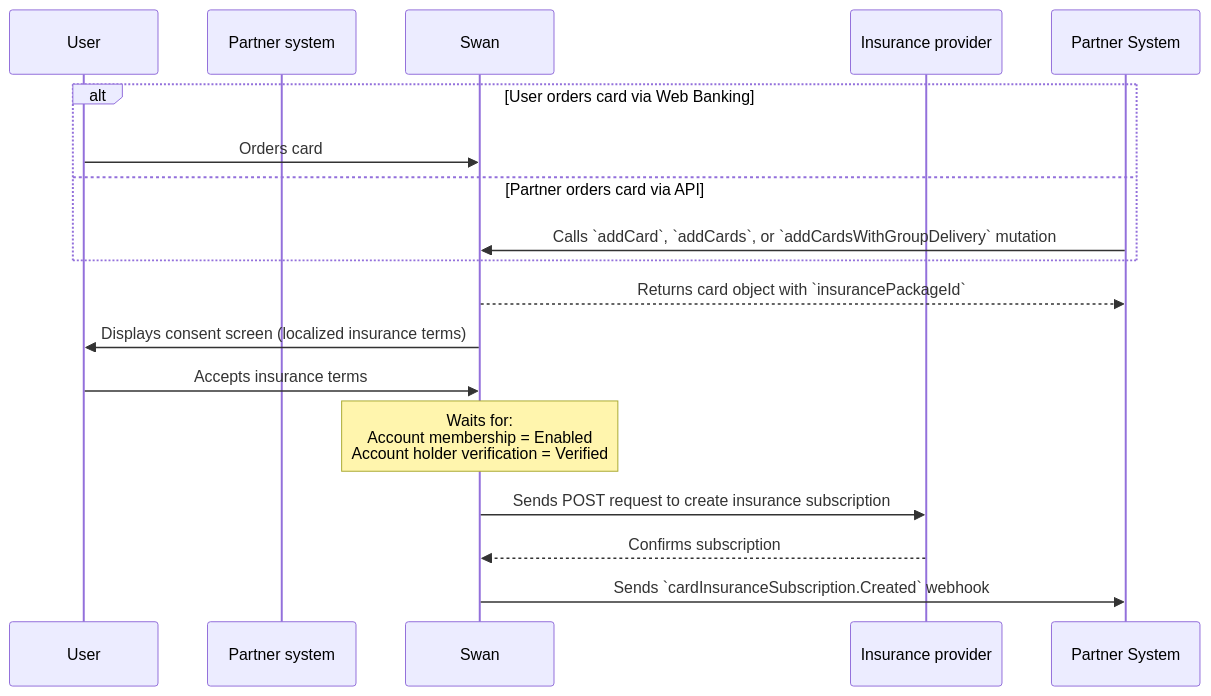
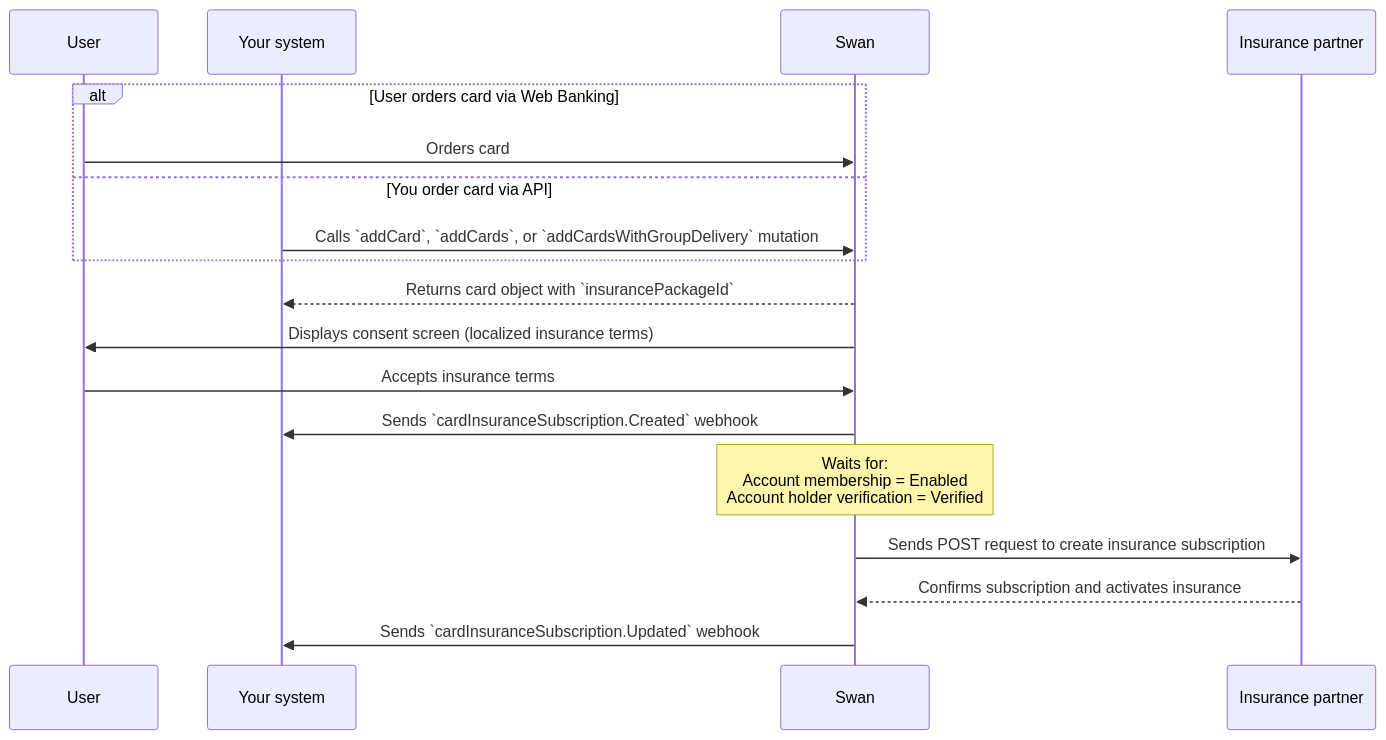
One commit to swan-io/docs changed the second of 2 diagrams in docs/topics/cards/overview/insurance-on-cards.mdx. Above: the diagram before and after it, drawn with Mermaid. The commit also changed other lines of this file, not shown here.

Commit message:
fixup! DOC-1082 Insurance on cards

````diff
--- a/docs/topics/cards/overview/insurance-on-cards.mdx
+++ b/docs/topics/cards/overview/insurance-on-cards.mdx
@@ -137,21 +137,22 @@
 ```mermaid
 sequenceDiagram
     participant User
-    participant Partner system
+    participant Your system
     participant Swan
-    participant Insurance provider
+    participant Insurance partner
 
     alt User orders card via Web Banking
         User->>Swan: Orders card
-    else Partner orders card via API
-        Partner System->>Swan: Calls `addCard`, `addCards`, or `addCardsWithGroupDelivery` mutation
+    else You order card via API
+        Your system->>Swan: Calls `addCard`, `addCards`, or `addCardsWithGroupDelivery` mutation
     end
 
-    Swan-->>Partner System: Returns card object with `insurancePackageId`
+    Swan-->>Your system: Returns card object with `insurancePackageId`
     Swan->>User: Displays consent screen (localized insurance terms)
     User->>Swan: Accepts insurance terms
+    Swan->>Your system: Sends `cardInsuranceSubscription.Created` webhook
     Note over Swan: Waits for:<br>Account membership = Enabled<br>Account holder verification = Verified
-    Swan->>Insurance provider: Sends POST request to create insurance subscription
-    Insurance provider-->>Swan: Confirms subscription
-    Swan->>Partner System: Sends `cardInsuranceSubscription.Created` webhook
+    Swan->>Insurance partner: Sends POST request to create insurance subscription
+    Insurance partner-->>Swan: Confirms subscription and activates insurance
+    Swan->>Your system: Sends `cardInsuranceSubscription.Updated` webhook
 ```
````
